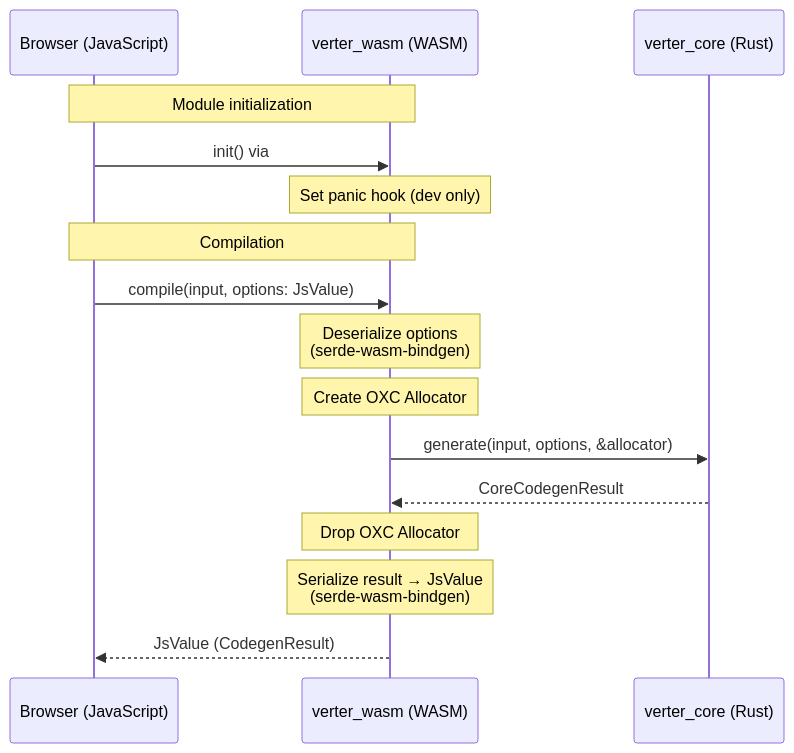
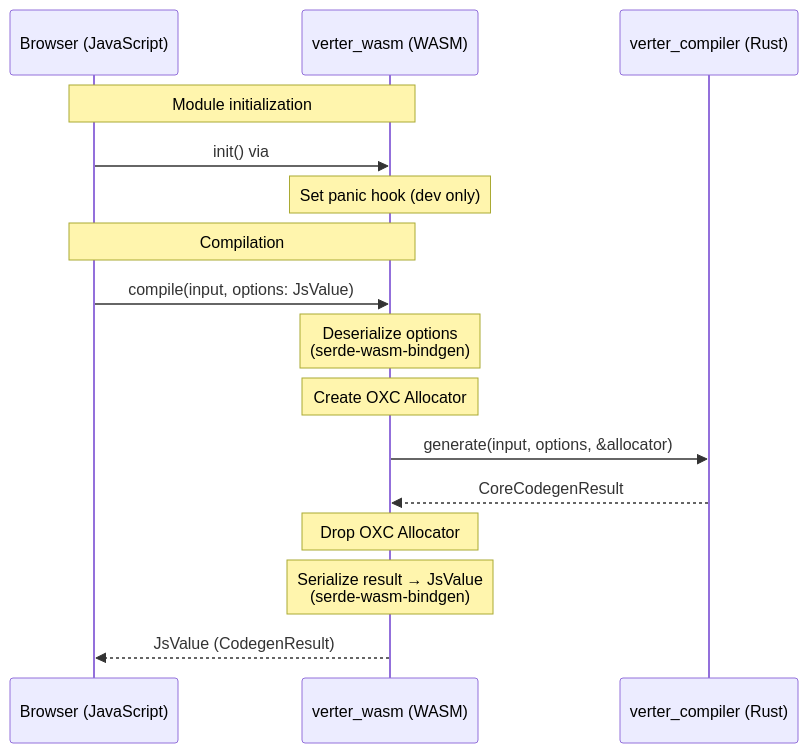
The second of 2 diagrams in crates/verter_wasm/README.md (pikax/verter), drawn with Mermaid before and after one commit. The commit also changed other lines of this file and 29 other files, not shown here.

````diff
--- a/crates/verter_wasm/README.md
+++ b/crates/verter_wasm/README.md
@@ -25,20 +25,20 @@
 ```mermaid
 sequenceDiagram
     participant JS as Browser (JavaScript)
     participant WASM as verter_wasm (WASM)
-    participant Core as verter_core (Rust)
+    participant Core as verter_compiler (Rust)
 
     Note over JS, WASM: Module initialization
     JS->>WASM: init() via #[wasm_bindgen(start)]
     Note over WASM: Set panic hook (dev only)
 
     Note over JS, WASM: Compilation
     JS->>WASM: compile(input, options: JsValue)
     Note over WASM: Deserialize options<br/>(serde-wasm-bindgen)
     Note over WASM: Create OXC Allocator
     WASM->>Core: generate(input, options, &allocator)
     Core-->>WASM: CoreCodegenResult
     Note over WASM: Drop OXC Allocator
     Note over WASM: Serialize result → JsValue<br/>(serde-wasm-bindgen)
     WASM-->>JS: JsValue (CodegenResult)
 ```
````
